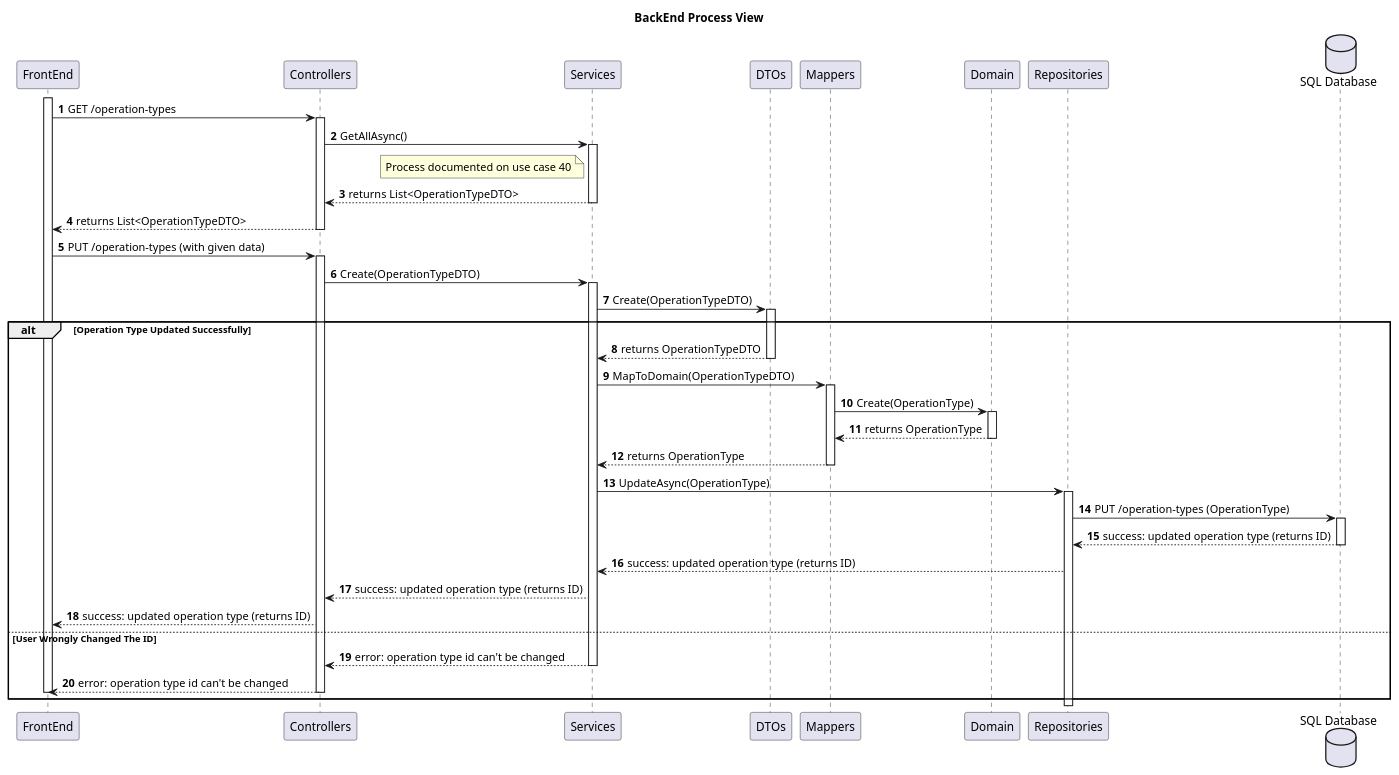
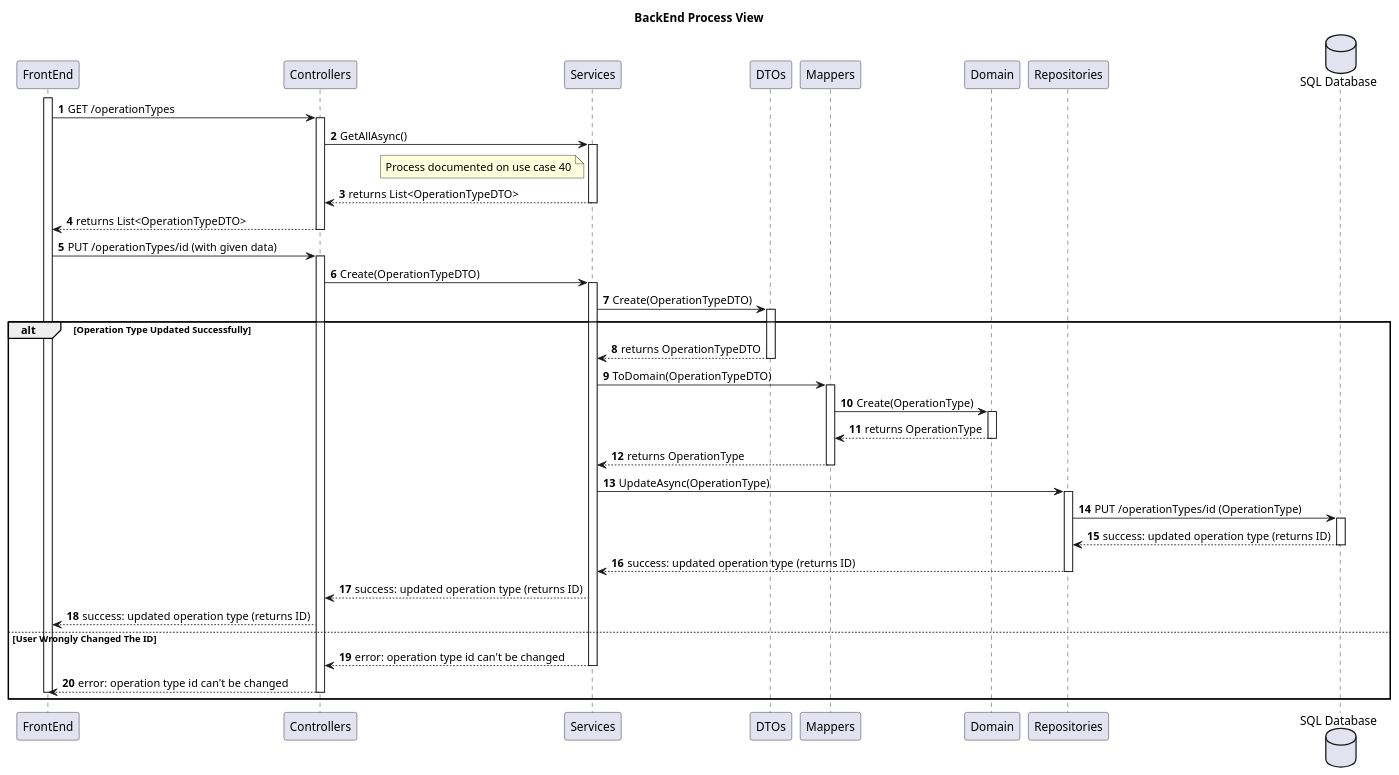
Before and after one commit to MiguelCardoso77/SurgicalSync-BackEnd: the diagram in docs/SprintA/38-edit-operation-types/level3/backend-process-view.puml, drawn with PlantUML. The commit also changed 4 other files, not shown here.

```diff
--- a/docs/SprintA/38-edit-operation-types/level3/backend-process-view.puml
+++ b/docs/SprintA/38-edit-operation-types/level3/backend-process-view.puml
@@ -1,82 +1,82 @@
 @startuml
 autonumber
 
 title BackEnd Process View
 
 participant "FrontEnd" as FE
 participant "Controllers" as CN
 participant "Services" as SV
 participant "DTOs" as DTO
 participant "Mappers" as MP
 participant "Domain" as DM
 participant "Repositories" as REPO
 database "SQL Database" as SQL
 
 activate FE
-    FE -> CN : GET /operation-types
+    FE -> CN : GET /operationTypes
     activate CN
         
         CN -> SV : GetAllAsync()
         activate SV
         
             note left of SV
                 Process documented on use case 40
             end note
             SV --> CN : returns List<OperationTypeDTO>
         deactivate SV
         
         CN --> FE : returns List<OperationTypeDTO>
     deactivate CN
 
-    FE -> CN: PUT /operation-types (with given data)
+    FE -> CN: PUT /operationTypes/id (with given data)
     activate CN
     
         CN -> SV : Create(OperationTypeDTO)
         activate SV
         
             SV -> DTO : Create(OperationTypeDTO)
             activate DTO
             
 alt Operation Type Updated Successfully
             
                 DTO --> SV : returns OperationTypeDTO
             deactivate DTO
             
-            SV -> MP : MapToDomain(OperationTypeDTO)
+            SV -> MP : ToDomain(OperationTypeDTO)
             activate MP
             
                 MP -> DM : Create(OperationType)
                 activate DM
                      
                     DM --> MP : returns OperationType
                 deactivate DM
             
                 MP --> SV : returns OperationType
             deactivate MP
                 
             SV -> REPO : UpdateAsync(OperationType)
             activate REPO
             
-                REPO -> SQL : PUT /operation-types (OperationType)
+                REPO -> SQL : PUT /operationTypes/id (OperationType)
                 activate SQL
                 
                     SQL --> REPO : success: updated operation type (returns ID)
                 deactivate SQL
                 
                 REPO --> SV : success: updated operation type (returns ID)
+            deactivate REPO
             
-
             SV --> CN : success: updated operation type (returns ID)
         FE <-- CN: success: updated operation type (returns ID) 
 
 else User Wrongly Changed The ID
 
             SV --> CN : error: operation type id can't be changed
         deactivate SV
         FE <-- CN: error: operation type id can't be changed
     deactivate CN     
                
 deactivate FE
 end
 
 @enduml
```
